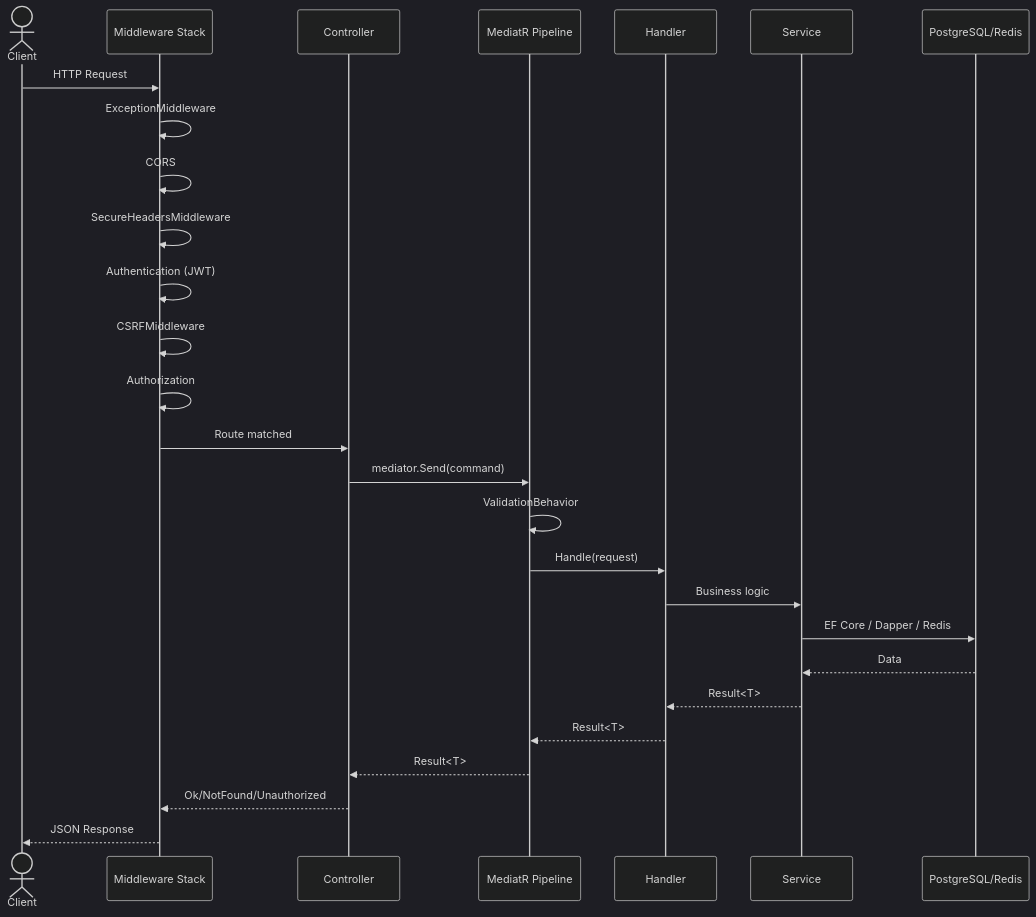
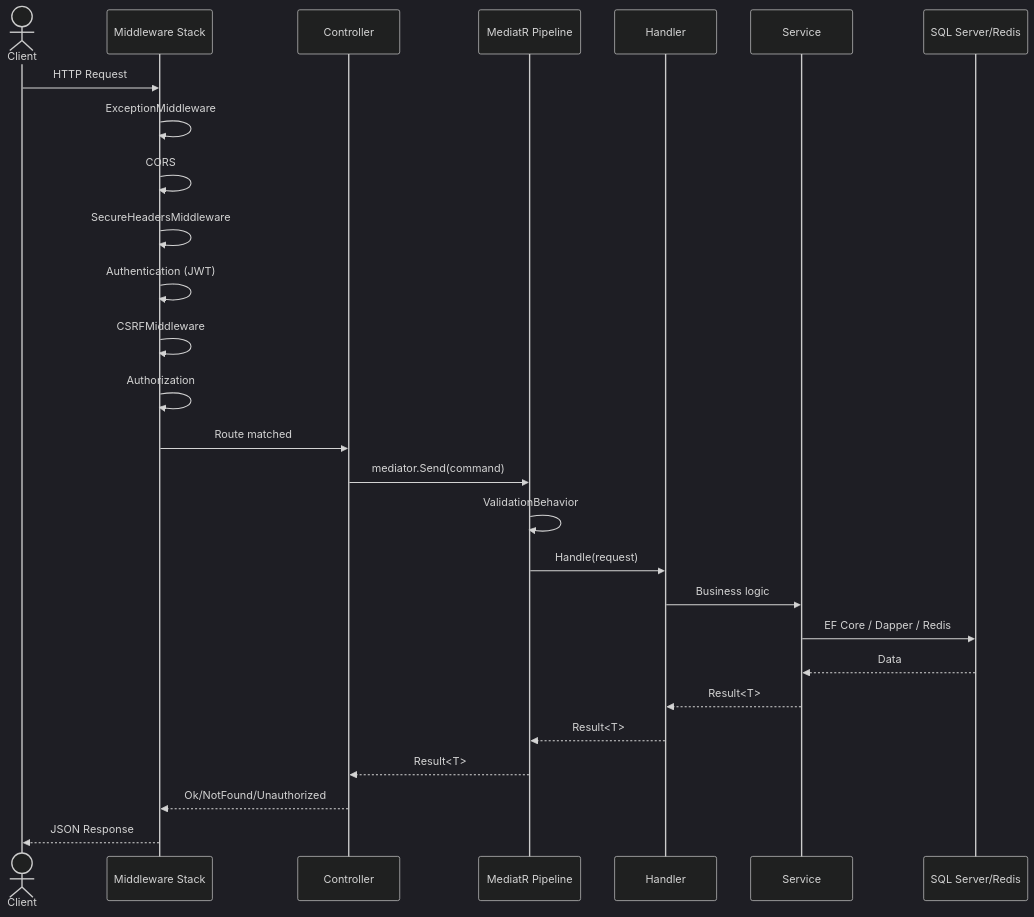
Before and after one commit to TNP-Travel-Now-Project/tnp-api: the third of 4 diagrams in AuthApi.WebApi/docs/TECHNICAL_DOCUMENTATION.md, drawn with Mermaid (dark theme). The commit also changed other lines of this file and 5 other files, not shown here.

Commit message:
fix(docs): TNP-TuanNT Update document '.md' business logic flow

````diff
--- a/AuthApi.WebApi/docs/TECHNICAL_DOCUMENTATION.md
+++ b/AuthApi.WebApi/docs/TECHNICAL_DOCUMENTATION.md
@@ -180,30 +181,30 @@
 ```mermaid
 sequenceDiagram
     actor Client
     participant MW as Middleware Stack
     participant Ctrl as Controller
     participant MP as MediatR Pipeline
     participant H as Handler
     participant Svc as Service
-    participant DB as PostgreSQL/Redis
+    participant DB as SQL Server/Redis
 
     Client->>MW: HTTP Request
     MW->>MW: ExceptionMiddleware
     MW->>MW: CORS
     MW->>MW: SecureHeadersMiddleware
     MW->>MW: Authentication (JWT)
     MW->>MW: CSRFMiddleware
     MW->>MW: Authorization
     MW->>Ctrl: Route matched
     Ctrl->>MP: mediator.Send(command)
     MP->>MP: ValidationBehavior
     MP->>H: Handle(request)
     H->>Svc: Business logic
     Svc->>DB: EF Core / Dapper / Redis
     DB-->>Svc: Data
     Svc-->>H: Result<T>
     H-->>MP: Result<T>
     MP-->>Ctrl: Result<T>
     Ctrl-->>MW: Ok/NotFound/Unauthorized
     MW-->>Client: JSON Response
 ```
````
